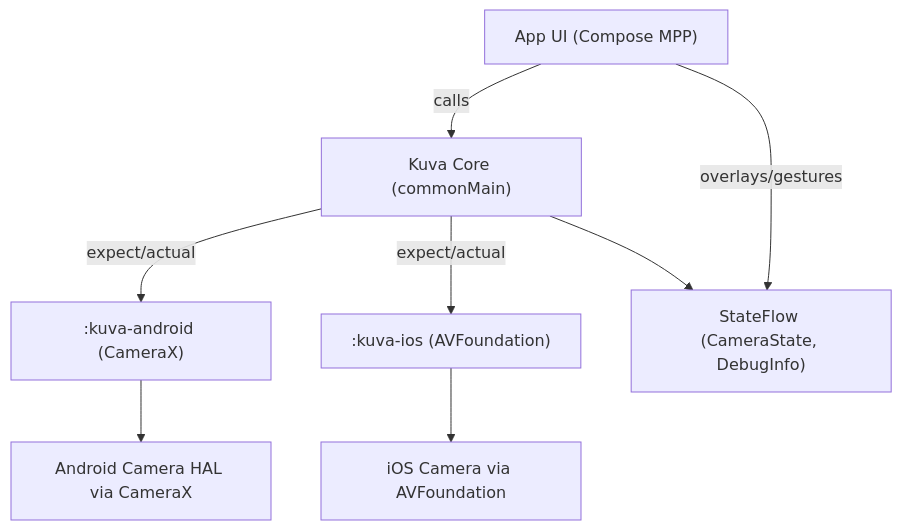
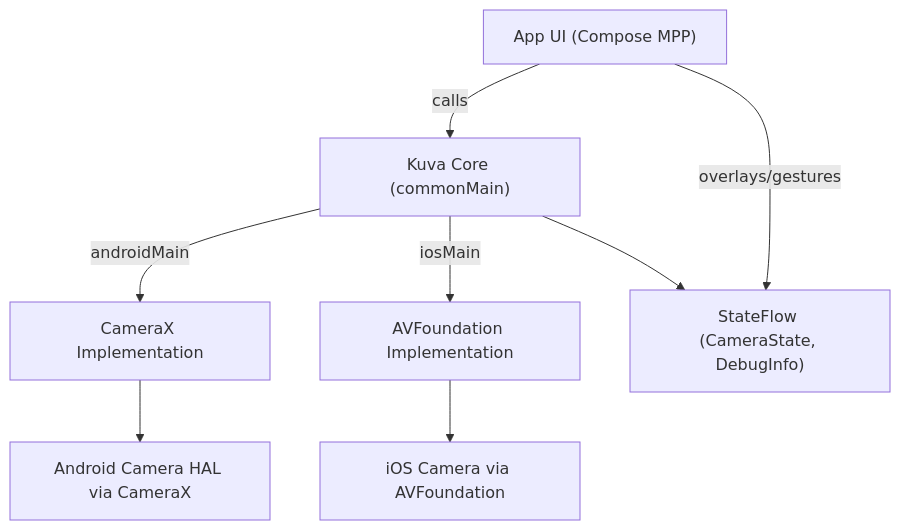
One commit to nathanmkaya/Kuva changed the first of 10 diagrams in ARCHITECTURE.md. Above: the diagram before and after it, drawn with Mermaid. The commit also changed other lines of this file and 1 other file, not shown here.

First line of the commit message:
docs: align all documentation with single-module architecture

````diff
--- a/ARCHITECTURE.md
+++ b/ARCHITECTURE.md
@@ -35,10 +35,10 @@
 ```mermaid
 graph TD
   A["App UI (Compose MPP)"] -->|calls| B["Kuva Core (commonMain)"]
-  B -->|expect/actual| C1[":kuva-android (CameraX)"]
-  B -->|expect/actual| C2[":kuva-ios (AVFoundation)"]
+  B -->|androidMain| C1["CameraX Implementation"]
+  B -->|iosMain| C2["AVFoundation Implementation"]
   C1 --> D1["Android Camera HAL via CameraX"]
   C2 --> D2["iOS Camera via AVFoundation"]
   B --> E["StateFlow (CameraState, DebugInfo)"]
   A -->|overlays/gestures| E
 ```
````
